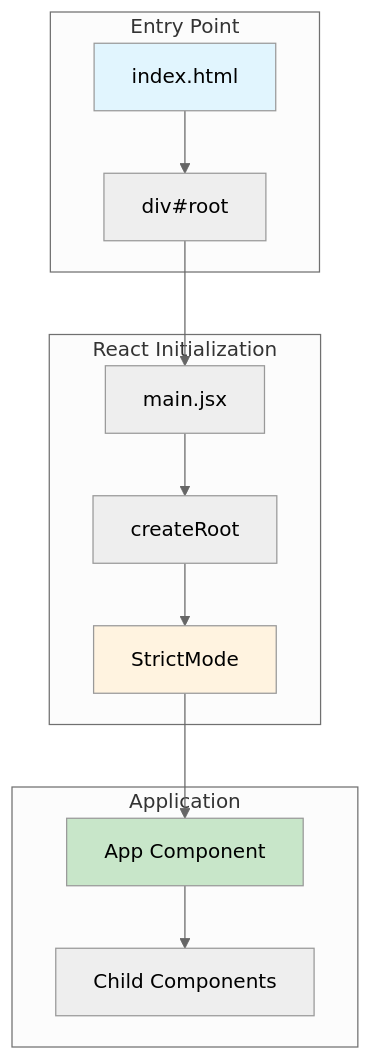
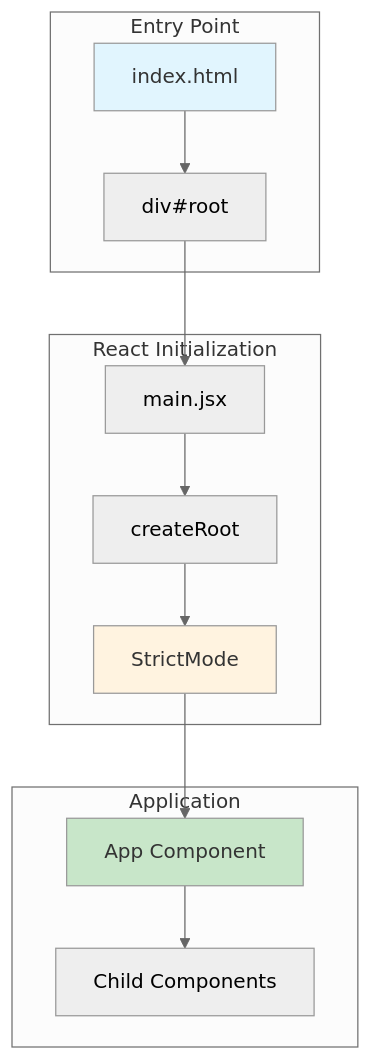
One commit to pentoshi007/cohort-mine changed the fifth of 13 diagrams in 09-week-9/9.3-react-9.4-basics/README.md. Above: the diagram before and after it, drawn with Mermaid (neutral theme). The commit also changed other lines of this file, not shown here.

Commit message:
fix: Improve Mermaid diagram visibility with dark text colors and update date

````diff
--- a/09-week-9/9.3-react-9.4-basics/README.md
+++ b/09-week-9/9.3-react-9.4-basics/README.md
@@ -211,21 +211,21 @@
 ```mermaid
 flowchart TD
     subgraph "Entry Point"
         A[index.html] --> B["div#root"]
     end
     
     subgraph "React Initialization"
         B --> C[main.jsx]
         C --> D[createRoot]
         D --> E[StrictMode]
     end
     
     subgraph "Application"
         E --> F[App Component]
         F --> G[Child Components]
     end
     
-    style A fill:#e1f5fe
-    style F fill:#c8e6c9
-    style E fill:#fff3e0
+    style A fill:#e1f5fe,color:#333
+    style F fill:#c8e6c9,color:#333
+    style E fill:#fff3e0,color:#333
 ```
````
